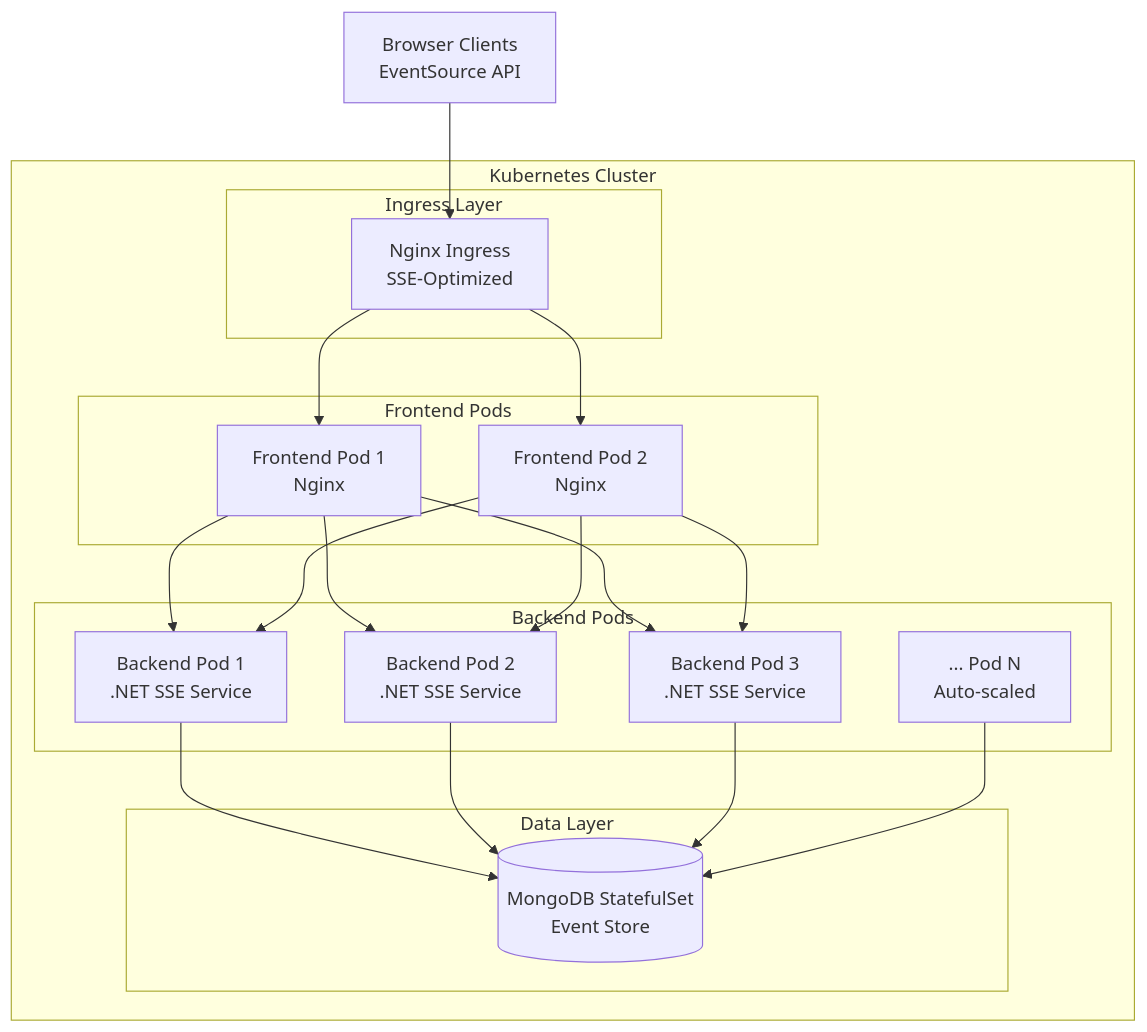
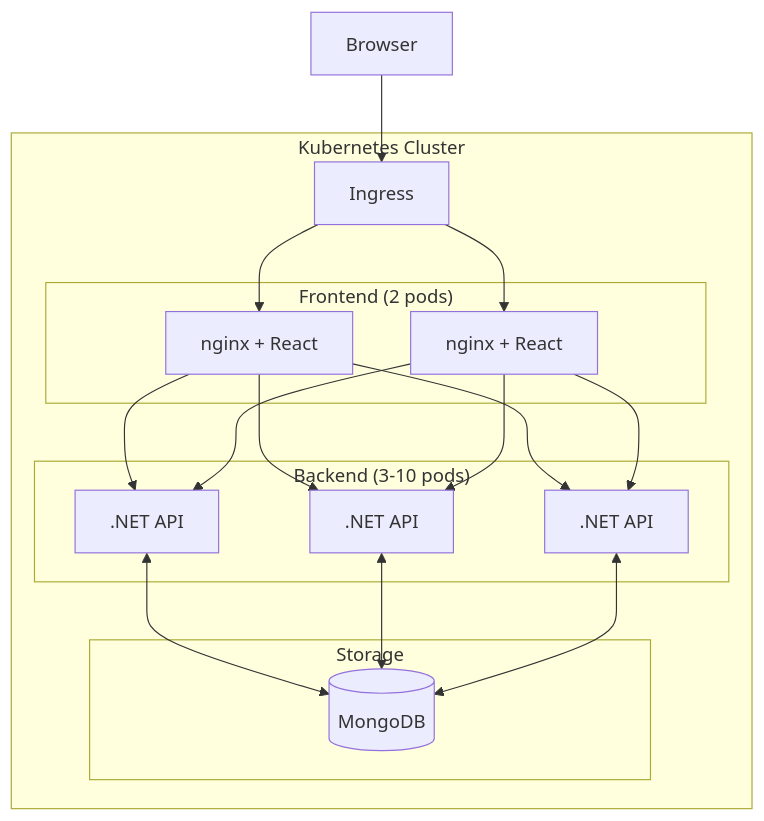
One commit to mdarapour/sse-realtime-demo changed the diagram in README.md. Above: the diagram before and after it, drawn with Mermaid. The commit also changed other lines of this file and 10 other files, not shown here.

````diff
--- a/README.md
+++ b/README.md
@@ -487,39 +36,25 @@
 ```mermaid
-graph TB
+graph TD
     subgraph "Kubernetes Cluster"
-        subgraph "Ingress Layer"
-            ING[Nginx Ingress<br/>SSE-Optimized]
+        subgraph "Frontend (2 pods)"
+            F1[nginx + React]
+            F2[nginx + React]
         end
         
-        subgraph "Frontend Pods"
-            FE1[Frontend Pod 1<br/>Nginx]
-            FE2[Frontend Pod 2<br/>Nginx]
+        subgraph "Backend (3-10 pods)"
+            B1[.NET API]
+            B2[.NET API]
+            B3[.NET API]
         end
         
-        subgraph "Backend Pods"
-            BE1[Backend Pod 1<br/>.NET SSE Service]
-            BE2[Backend Pod 2<br/>.NET SSE Service]
-            BE3[Backend Pod 3<br/>.NET SSE Service]
-            BEn[... Pod N<br/>Auto-scaled]
+        subgraph "Storage"
+            M[(MongoDB)]
         end
         
-        subgraph "Data Layer"
-            MONGO[(MongoDB StatefulSet<br/>Event Store)]
-        end
-        
-        ING --> FE1
-        ING --> FE2
-        FE1 --> BE1
-        FE1 --> BE2
-        FE1 --> BE3
-        FE2 --> BE1
-        FE2 --> BE2
-        FE2 --> BE3
-        BE1 --> MONGO
-        BE2 --> MONGO
-        BE3 --> MONGO
-        BEn --> MONGO
+        I[Ingress] --> F1 & F2
+        F1 & F2 --> B1 & B2 & B3
+        B1 & B2 & B3 <--> M
     end
     
-    CLIENT[Browser Clients<br/>EventSource API] --> ING
+    C[Browser] --> I
 ```
````
